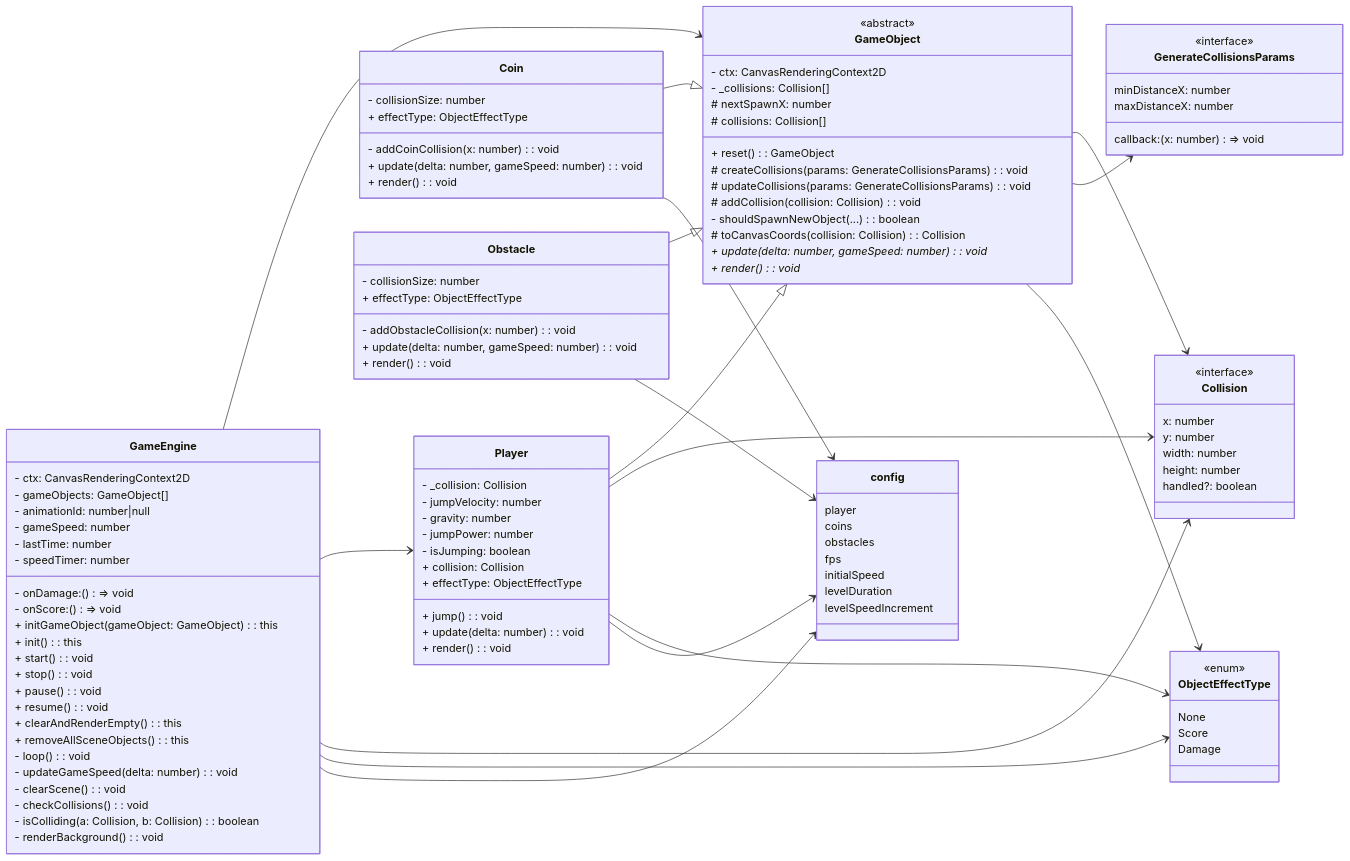
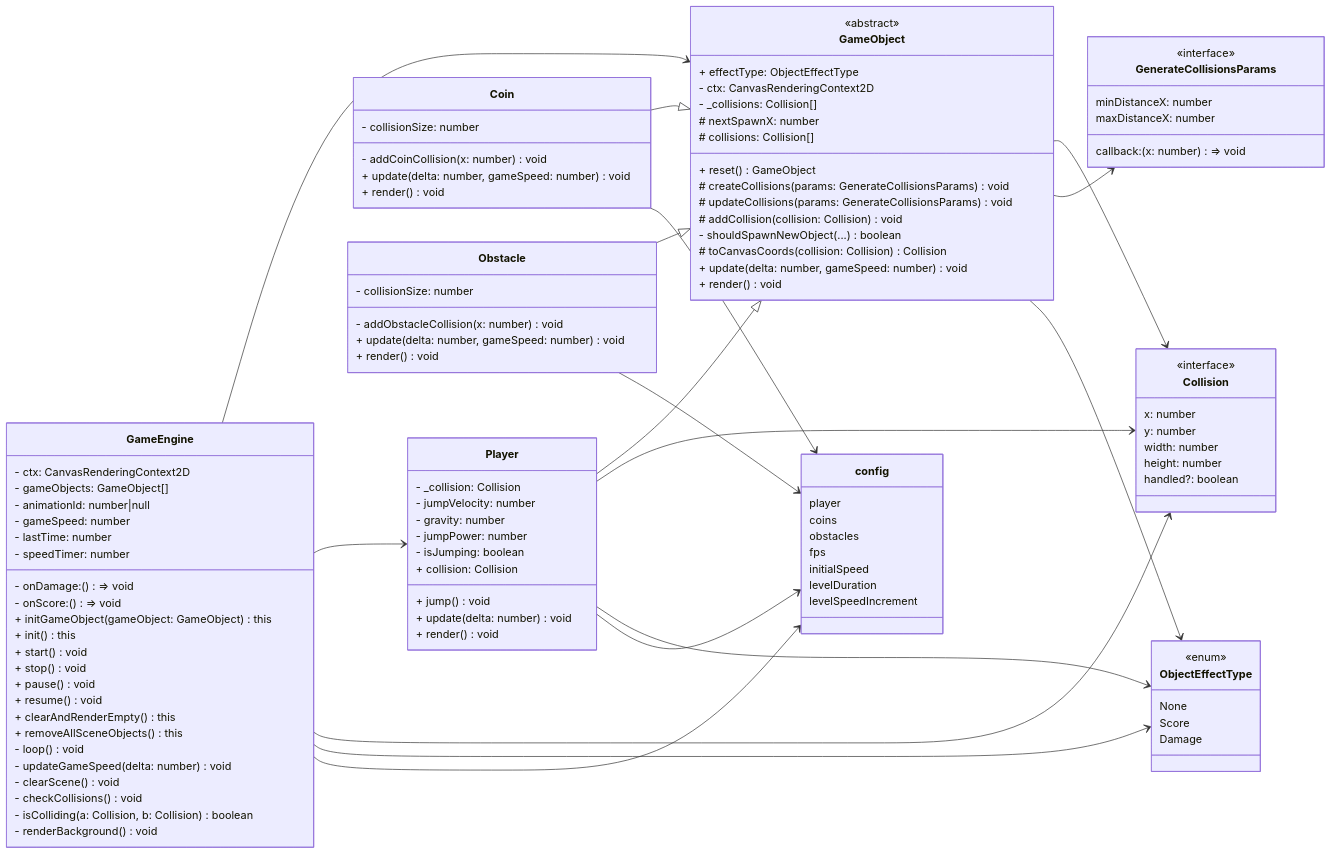
Before and after one commit to tropnikov/echo-runner: the diagram in packages/client/docs/gameEngine.md, drawn with Mermaid.

Commit message:
fix: Исправлены ошибки в UML диаграмме.

```diff
--- a/packages/client/docs/gameEngine.md
+++ b/packages/client/docs/gameEngine.md
@@ -18,18 +18,19 @@
   %% Абстрактный базовый класс
   class GameObject {
     <<abstract>>
+    + effectType: ObjectEffectType
     - ctx: CanvasRenderingContext2D
     - _collisions: Collision[]
     # nextSpawnX: number
     # collisions: Collision[]
-    + reset(): GameObject
-    # createCollisions(params: GenerateCollisionsParams): void
-    # updateCollisions(params: GenerateCollisionsParams): void
-    # addCollision(collision: Collision): void
-    - shouldSpawnNewObject(...): boolean
-    # toCanvasCoords(collision: Collision): Collision
-    + update(delta: number, gameSpeed: number): void*
-    + render(): void*
+    + reset() GameObject
+    # createCollisions(params: GenerateCollisionsParams) void
+    # updateCollisions(params: GenerateCollisionsParams) void
+    # addCollision(collision: Collision) void
+    - shouldSpawnNewObject(...) boolean
+    # toCanvasCoords(collision: Collision) Collision
+    + update(delta: number, gameSpeed: number) void
+    + render() void
   }
 
   %% Игрок
@@ -40,28 +41,26 @@
     - jumpPower: number
     - isJumping: boolean
     + collision: Collision
-    + jump(): void
-    + update(delta: number): void
-    + render(): void
-    + effectType: ObjectEffectType
+    + jump() void
+    + update(delta: number) void
+    + render() void
+
   }
 
   %% Монета
   class Coin {
     - collisionSize: number
-    + effectType: ObjectEffectType
-    - addCoinCollision(x: number): void
-    + update(delta: number, gameSpeed: number): void
-    + render(): void
+    - addCoinCollision(x: number) void
+    + update(delta: number, gameSpeed: number) void
+    + render() void
   }
 
   %% Препятствие
   class Obstacle {
     - collisionSize: number
-    + effectType: ObjectEffectType
-    - addObstacleCollision(x: number): void
-    + update(delta: number, gameSpeed: number): void
-    + render(): void
+    - addObstacleCollision(x: number) void
+    + update(delta: number, gameSpeed: number) void
+    + render() void
   }
 
   %% Игровой движок
@@ -74,20 +73,20 @@
     - gameSpeed: number
     - lastTime: number
     - speedTimer: number
-    + initGameObject(gameObject: GameObject): this
-    + init(): this
-    + start(): void
-    + stop(): void
-    + pause(): void
-    + resume(): void
-    + clearAndRenderEmpty(): this
-    + removeAllSceneObjects(): this
-    - loop(): void
-    - updateGameSpeed(delta: number): void
-    - clearScene(): void
-    - checkCollisions(): void
-    - isColliding(a: Collision, b: Collision): boolean
-    - renderBackground(): void
+    + initGameObject(gameObject: GameObject) this
+    + init() this
+    + start() void
+    + stop() void
+    + pause() void
+    + resume() void
+    + clearAndRenderEmpty() this
+    + removeAllSceneObjects() this
+    - loop() void
+    - updateGameSpeed(delta: number) void
+    - clearScene() void
+    - checkCollisions() void
+    - isColliding(a: Collision, b: Collision) boolean
+    - renderBackground() void
   }
 
   %% Типы и конфиг
```
